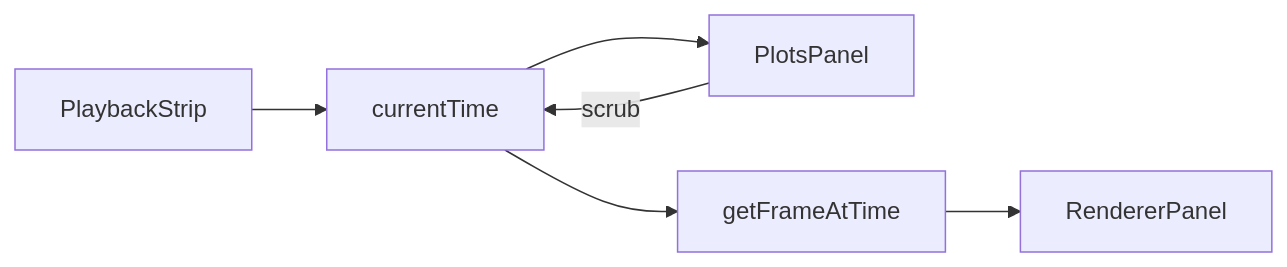
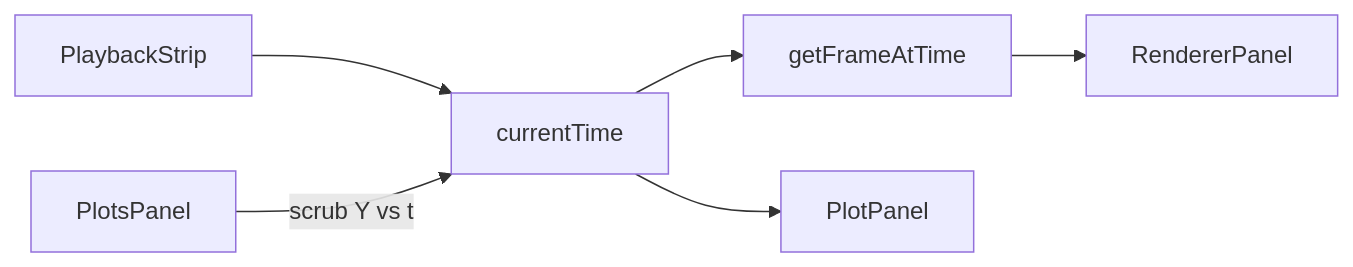
Before and after one commit to mgview/mgview: the diagram in mgview-plotting-scope.md, drawn with Mermaid. The commit also changed other lines of this file and 27 other files, not shown here.

````diff
--- a/mgview-plotting-scope.md
+++ b/mgview-plotting-scope.md
@@ -157,8 +93,8 @@
 ```mermaid
 flowchart LR
   PlaybackStrip --> currentTime
-  PlotsPanel -->|scrub| currentTime
+  PlotsPanel -->|scrub Y vs t| currentTime
   currentTime --> getFrameAtTime
   getFrameAtTime --> RendererPanel
-  currentTime --> PlotsPanel
+  currentTime --> PlotPanel
 ```
````
